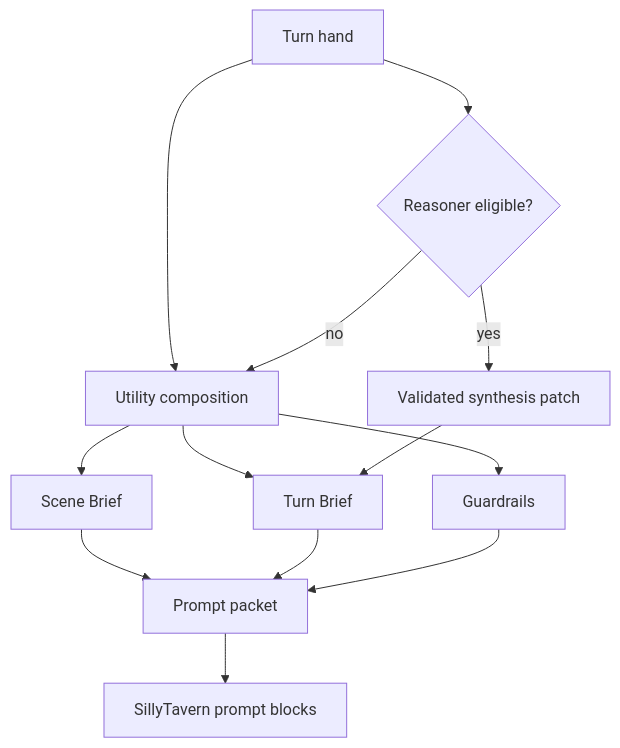
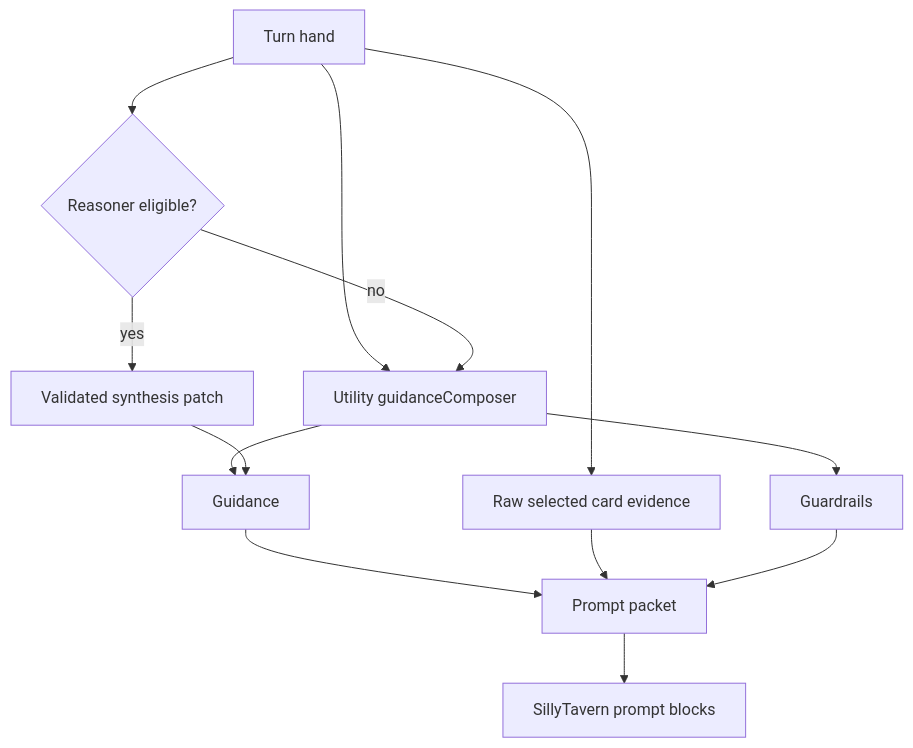
The first of 2 diagrams in docs/technical/PROMPT_PACKET_AND_INJECTION.md (MentallyQuill/Recursion), drawn with Mermaid before and after one commit. The commit also changed other lines of this file and 42 other files, not shown here.

````diff
--- a/docs/technical/PROMPT_PACKET_AND_INJECTION.md
+++ b/docs/technical/PROMPT_PACKET_AND_INJECTION.md
@@ -15,15 +15,15 @@
 ```mermaid
 flowchart TD
-    Hand["Turn hand"] --> Utility["Utility composition"]
-    Utility --> Scene["Scene Brief"]
-    Utility --> Turn["Turn Brief"]
+    Hand["Turn hand"] --> Utility["Utility guidanceComposer"]
+    Hand --> Evidence["Raw selected card evidence"]
+    Utility --> Guidance["Guidance"]
     Utility --> Guardrails["Guardrails"]
     Hand --> Reasoner{"Reasoner eligible?"}
     Reasoner -- "yes" --> Patch["Validated synthesis patch"]
-    Patch --> Turn
+    Patch --> Guidance
     Reasoner -- "no" --> Utility
-    Scene --> Packet["Prompt packet"]
-    Turn --> Packet
+    Guidance --> Packet["Prompt packet"]
+    Evidence --> Packet
     Guardrails --> Packet
     Packet --> Blocks["SillyTavern prompt blocks"]
 ```
````
